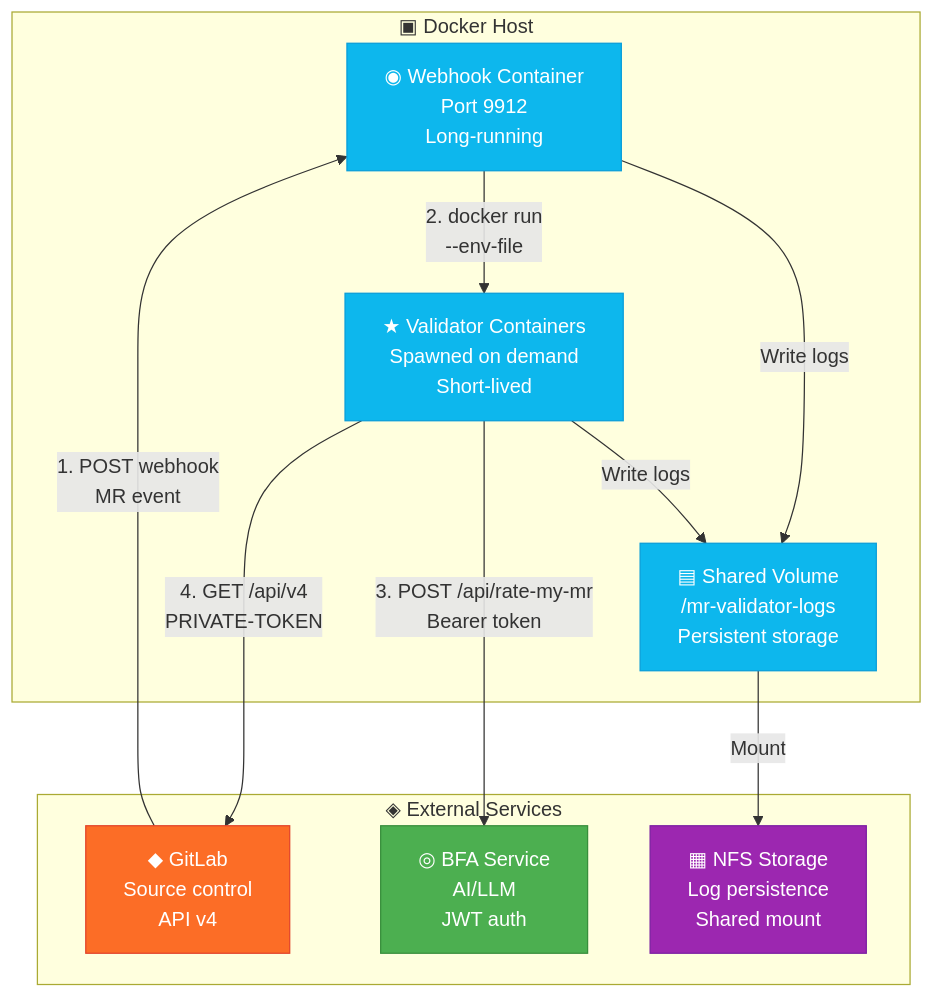
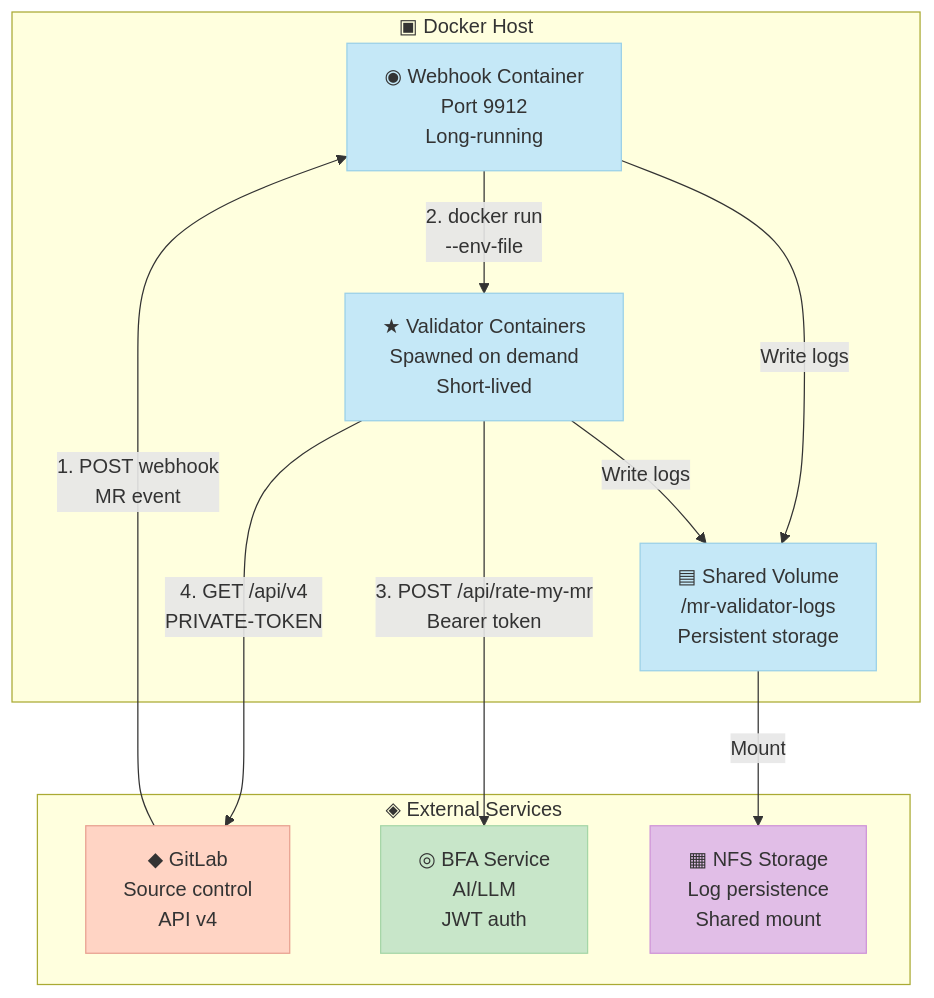
Before and after one commit to vigneshpalanivelr/commit-validator: the first of 3 diagrams in OPERATIONS.md, drawn with Mermaid. The commit also changed other lines of this file and 2 other files, not shown here.

First line of the commit message:
Update mermaid diagrams with subtle, muted colors

````diff
--- a/OPERATIONS.md
+++ b/OPERATIONS.md
@@ -42,33 +42,33 @@
 ```mermaid
 flowchart TB
     subgraph Host["▣ Docker Host"]
         A[◉ Webhook Container<br/>Port 9912<br/>Long-running]
         B[★ Validator Containers<br/>Spawned on demand<br/>Short-lived]
         C[▤ Shared Volume<br/>/mr-validator-logs<br/>Persistent storage]
     end
 
     subgraph External["◈ External Services"]
         D[◆ GitLab<br/>Source control<br/>API v4]
         E[◎ BFA Service<br/>AI/LLM<br/>JWT auth]
         F[▦ NFS Storage<br/>Log persistence<br/>Shared mount]
     end
 
     D -->|"1. POST webhook<br/>MR event"| A
     A -->|"2. docker run<br/>--env-file"| B
     B -->|"3. POST /api/rate-my-mr<br/>Bearer token"| E
     B -->|"4. GET /api/v4<br/>PRIVATE-TOKEN"| D
     A -->|"Write logs"| C
     B -->|"Write logs"| C
     C -->|"Mount"| F
 
-    classDef host fill:#0db7ed,color:#fff,stroke:#099dd9
-    classDef external fill:#f9a825,color:#fff,stroke:#f57f17
-    classDef gitlab fill:#fc6d26,color:#fff,stroke:#e24329
-    classDef bfa fill:#4caf50,color:#fff,stroke:#388e3c
-    classDef storage fill:#9c27b0,color:#fff,stroke:#7b1fa2
+    classDef host fill:#c5e8f7,color:#333,stroke:#9ad0e8
+    classDef external fill:#fff8dc,color:#333,stroke:#e8d890
+    classDef gitlab fill:#ffd4c4,color:#333,stroke:#e8a090
+    classDef bfa fill:#c8e6c9,color:#333,stroke:#a5d6a7
+    classDef storage fill:#e1bee7,color:#333,stroke:#ce93d8
 
     class A,B,C host
     class D gitlab
     class E bfa
     class F storage
 ```
````
